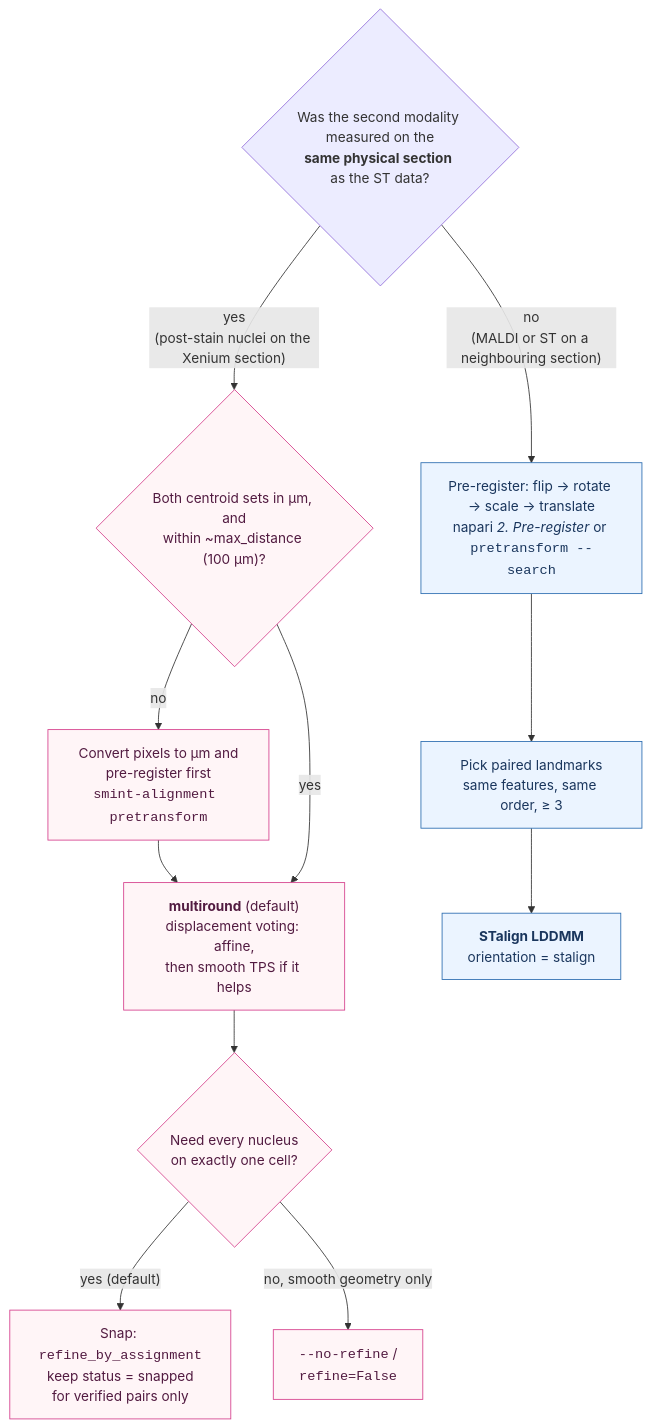
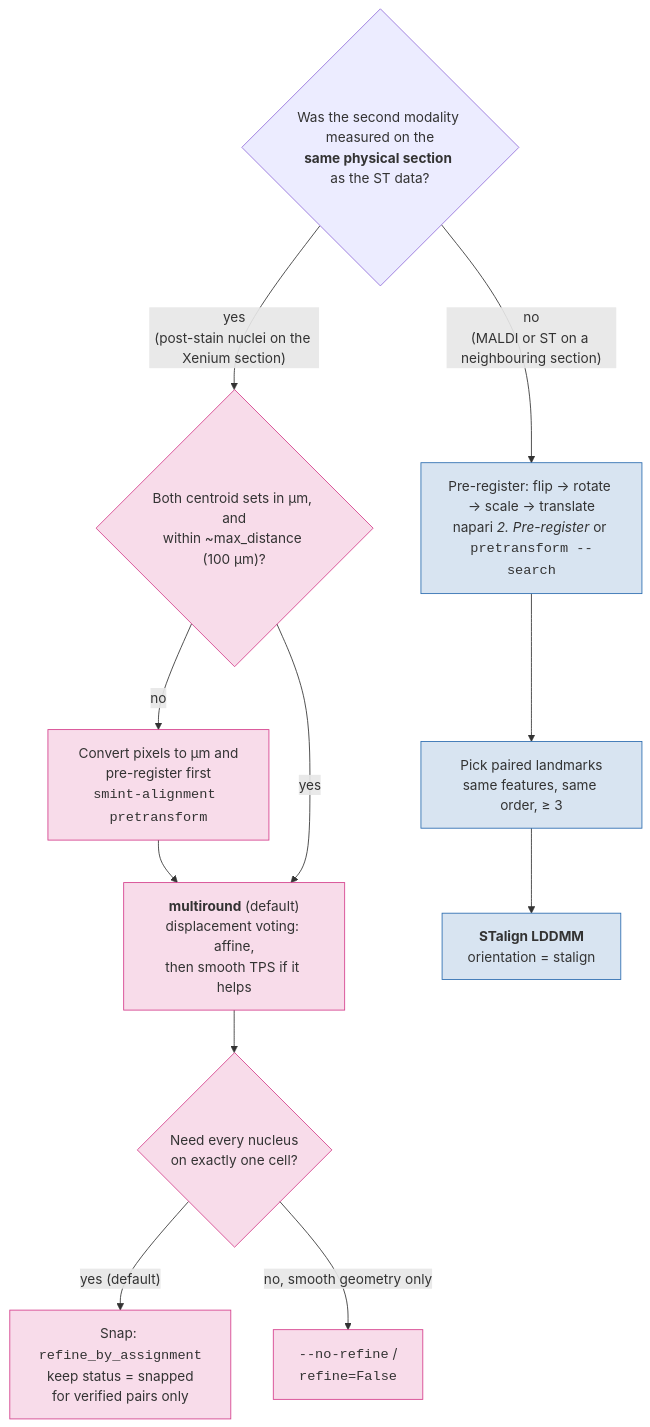
The diagram in docs/concepts/registration_methods.md (JurgenKriel/SMINT), drawn with Mermaid before and after one commit. The commit also changed 4 other files, not shown here.

First line of the commit message:
docs: mint diagram nodes with dark text; diagram tints that work in dark mode

````diff
--- a/docs/concepts/registration_methods.md
+++ b/docs/concepts/registration_methods.md
@@ -10,20 +10,20 @@
 ```mermaid
 flowchart TD
     A{"Was the second modality measured on the<br/><b>same physical section</b> as the ST data?"}
     A -- "yes<br/>(post-stain nuclei on the Xenium section)" --> B{"Both centroid sets in µm, and<br/>within ~max_distance (100 µm)?"}
     B -- no --> B1["Convert pixels to µm and<br/>pre-register first<br/><code>smint-alignment pretransform</code>"]
     B1 --> C
     B -- yes --> C["<b>multiround</b> (default)<br/>displacement voting: affine,<br/>then smooth TPS if it helps"]
     C --> D{"Need every nucleus<br/>on exactly one cell?"}
     D -- "yes (default)" --> E["Snap: <code>refine_by_assignment</code><br/>keep status = snapped<br/>for verified pairs only"]
     D -- "no, smooth geometry only" --> F["<code>--no-refine</code> /<br/><code>refine=False</code>"]
 
     A -- "no<br/>(MALDI or ST on a neighbouring section)" --> G["Pre-register: flip → rotate → scale → translate<br/>napari <i>2. Pre-register</i> or <code>pretransform --search</code>"]
     G --> H["Pick paired landmarks<br/>same features, same order, ≥ 3"]
     H --> I["<b>STalign LDDMM</b><br/>orientation = stalign"]
 
-    classDef same fill:#fff5f7,stroke:#d53f8c,color:#521b41
-    classDef seq fill:#ebf4ff,stroke:#2b6cb0,color:#1a365d
+    classDef same fill:#d53f8c2e,stroke:#d53f8c
+    classDef seq fill:#2b6cb02e,stroke:#2b6cb0
     class B,B1,C,D,E,F same
     class G,H,I seq
 ```
````
